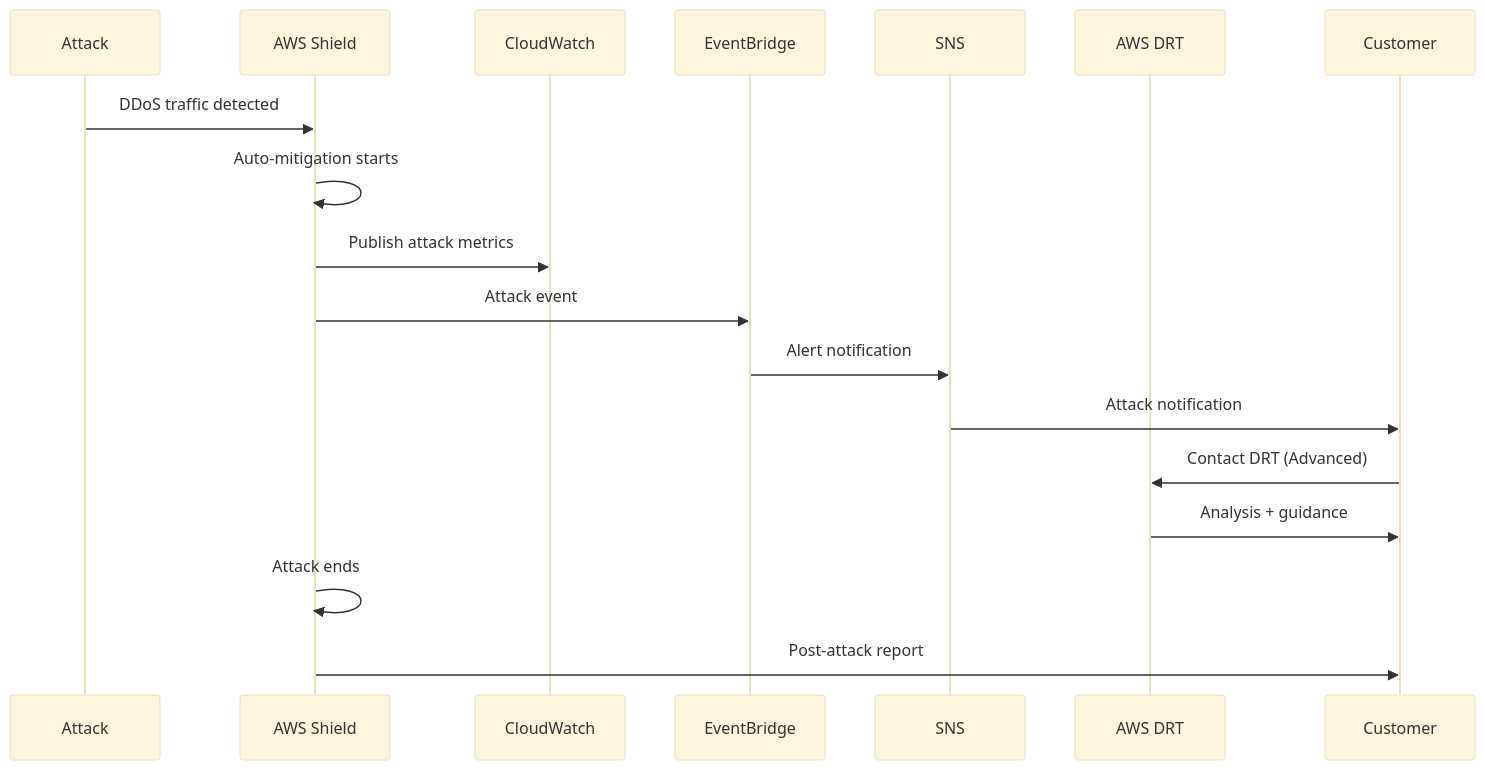
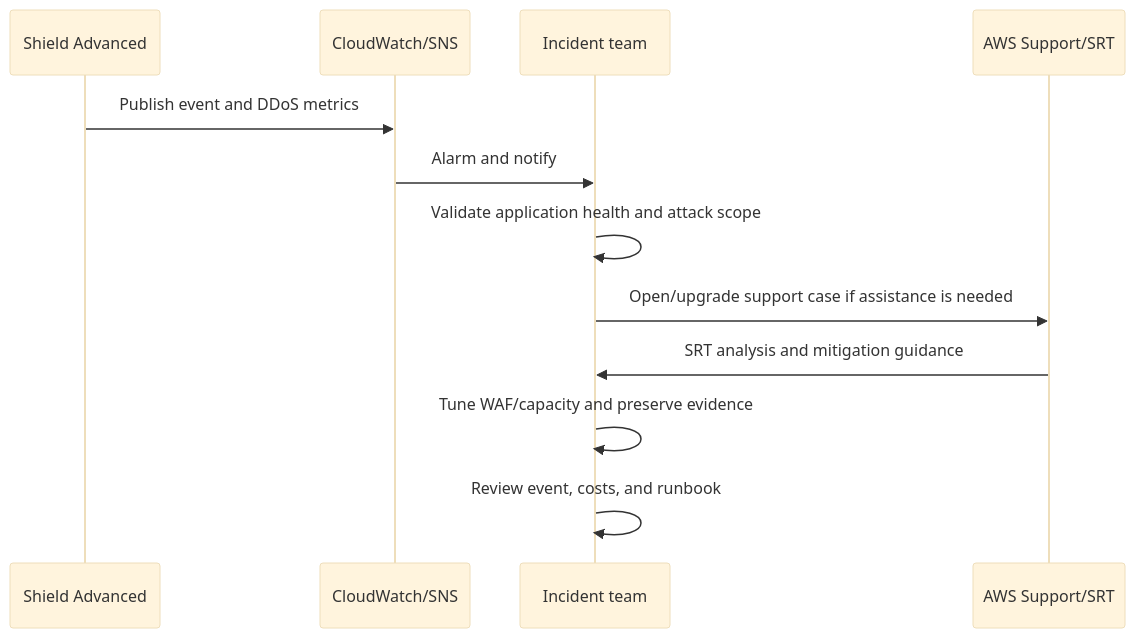
Before and after one commit to AlexanderBesss/AWS_best_praactices: the second of 2 diagrams in Security/Shield-Best-Practices.md, drawn with Mermaid (base theme). The commit also changed other lines of this file and 31 other files, not shown here.

````diff
--- a/Security/Shield-Best-Practices.md
+++ b/Security/Shield-Best-Practices.md
@@ -119,21 +90,14 @@
 ```mermaid
 sequenceDiagram
-    participant Atk as Attack
-    participant Shield as AWS Shield
-    participant CW as CloudWatch
-    participant EB as EventBridge
-    participant SNS as SNS
-    participant DRT as AWS DRT
-    participant Cust as Customer
-
-    Atk->>Shield: DDoS traffic detected
-    Shield->>Shield: Auto-mitigation starts
-    Shield->>CW: Publish attack metrics
-    Shield->>EB: Attack event
-    EB->>SNS: Alert notification
-    SNS->>Cust: Attack notification
-    Cust->>DRT: Contact DRT (Advanced)
-    DRT->>Cust: Analysis + guidance
-    Shield->>Shield: Attack ends
-    Shield->>Cust: Post-attack report
+    participant Shield as Shield Advanced
+    participant CW as CloudWatch/SNS
+    participant Team as Incident team
+    participant Support as AWS Support/SRT
+    Shield->>CW: Publish event and DDoS metrics
+    CW->>Team: Alarm and notify
+    Team->>Team: Validate application health and attack scope
+    Team->>Support: Open/upgrade support case if assistance is needed
+    Support->>Team: SRT analysis and mitigation guidance
+    Team->>Team: Tune WAF/capacity and preserve evidence
+    Team->>Team: Review event, costs, and runbook
 ```
````
